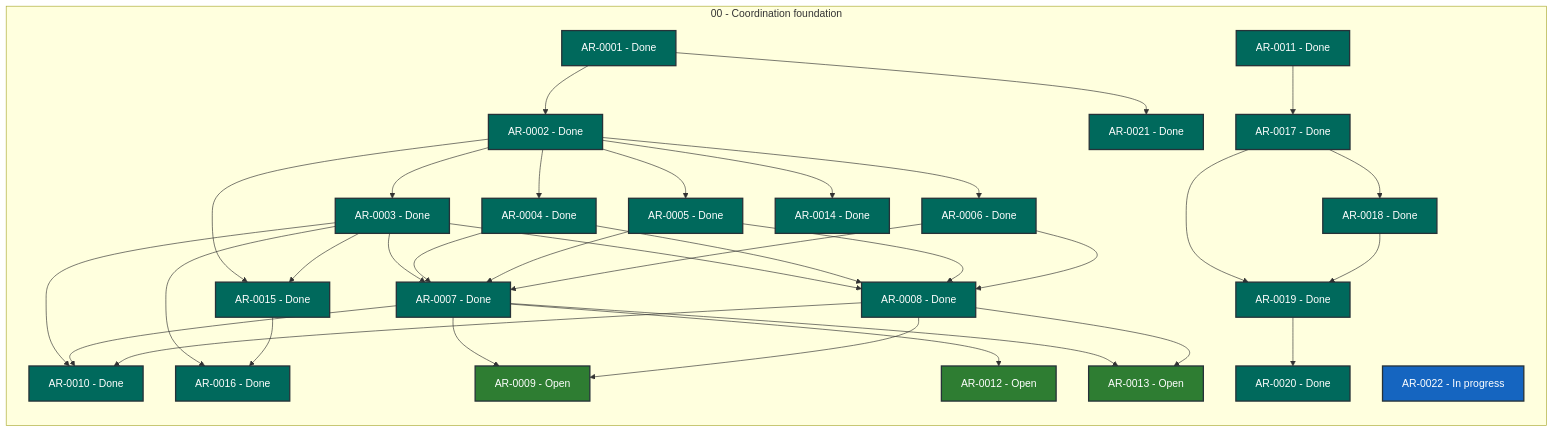
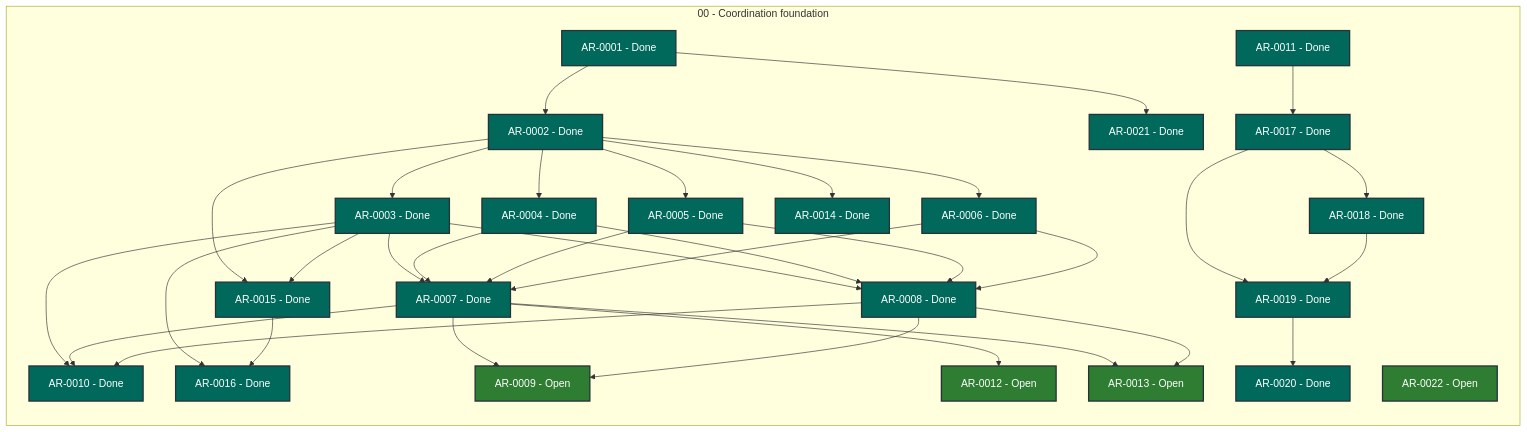
One commit to martin-beck/agent-workflow-coordinator-state changed the diagram in STATUS.md. Above: the diagram before and after it, drawn with Mermaid. The commit also changed other lines of this file and 2 other files, not shown here.

````diff
--- a/STATUS.md
+++ b/STATUS.md
@@ -27,68 +27,68 @@
 ```mermaid
 flowchart LR
     subgraph series_00["00 - Coordination foundation"]
         direction TB
         AR_0001["AR-0001 - Done"]:::status_done
         AR_0002["AR-0002 - Done"]:::status_done
         AR_0003["AR-0003 - Done"]:::status_done
         AR_0004["AR-0004 - Done"]:::status_done
         AR_0005["AR-0005 - Done"]:::status_done
         AR_0006["AR-0006 - Done"]:::status_done
         AR_0007["AR-0007 - Done"]:::status_done
         AR_0008["AR-0008 - Done"]:::status_done
         AR_0009["AR-0009 - Open"]:::status_open
         AR_0010["AR-0010 - Done"]:::status_done
         AR_0011["AR-0011 - Done"]:::status_done
         AR_0012["AR-0012 - Open"]:::status_open
         AR_0013["AR-0013 - Open"]:::status_open
         AR_0014["AR-0014 - Done"]:::status_done
         AR_0015["AR-0015 - Done"]:::status_done
         AR_0016["AR-0016 - Done"]:::status_done
         AR_0017["AR-0017 - Done"]:::status_done
         AR_0018["AR-0018 - Done"]:::status_done
         AR_0019["AR-0019 - Done"]:::status_done
         AR_0020["AR-0020 - Done"]:::status_done
         AR_0021["AR-0021 - Done"]:::status_done
-        AR_0022["AR-0022 - In progress"]:::status_in_progress
+        AR_0022["AR-0022 - Open"]:::status_open
     end
     AR_0001 --> AR_0002
     AR_0001 --> AR_0021
     AR_0002 --> AR_0003
     AR_0002 --> AR_0004
     AR_0002 --> AR_0005
     AR_0002 --> AR_0006
     AR_0002 --> AR_0014
     AR_0002 --> AR_0015
     AR_0003 --> AR_0007
     AR_0003 --> AR_0008
     AR_0003 --> AR_0010
     AR_0003 --> AR_0015
     AR_0003 --> AR_0016
     AR_0004 --> AR_0007
     AR_0004 --> AR_0008
     AR_0005 --> AR_0007
     AR_0005 --> AR_0008
     AR_0006 --> AR_0007
     AR_0006 --> AR_0008
     AR_0007 --> AR_0009
     AR_0007 --> AR_0010
     AR_0007 --> AR_0012
     AR_0007 --> AR_0013
     AR_0008 --> AR_0009
     AR_0008 --> AR_0010
     AR_0008 --> AR_0013
     AR_0011 --> AR_0017
     AR_0015 --> AR_0016
     AR_0017 --> AR_0018
     AR_0017 --> AR_0019
     AR_0018 --> AR_0019
     AR_0019 --> AR_0020
     classDef status_in_progress fill:#1565c0,color:#ffffff,stroke:#263238,stroke-width:2px
     classDef status_open fill:#2e7d32,color:#ffffff,stroke:#263238,stroke-width:2px
     classDef status_blocked fill:#c62828,color:#ffffff,stroke:#263238,stroke-width:2px
     classDef status_planned fill:#6a1b9a,color:#ffffff,stroke:#263238,stroke-width:2px
     classDef status_future fill:#455a64,color:#ffffff,stroke:#263238,stroke-width:2px
     classDef status_done fill:#00695c,color:#ffffff,stroke:#263238,stroke-width:2px
     classDef status_cancelled fill:#616161,color:#ffffff,stroke:#263238,stroke-width:2px
     classDef status_superseded fill:#5d4037,color:#ffffff,stroke:#263238,stroke-width:2px
 ```
````
